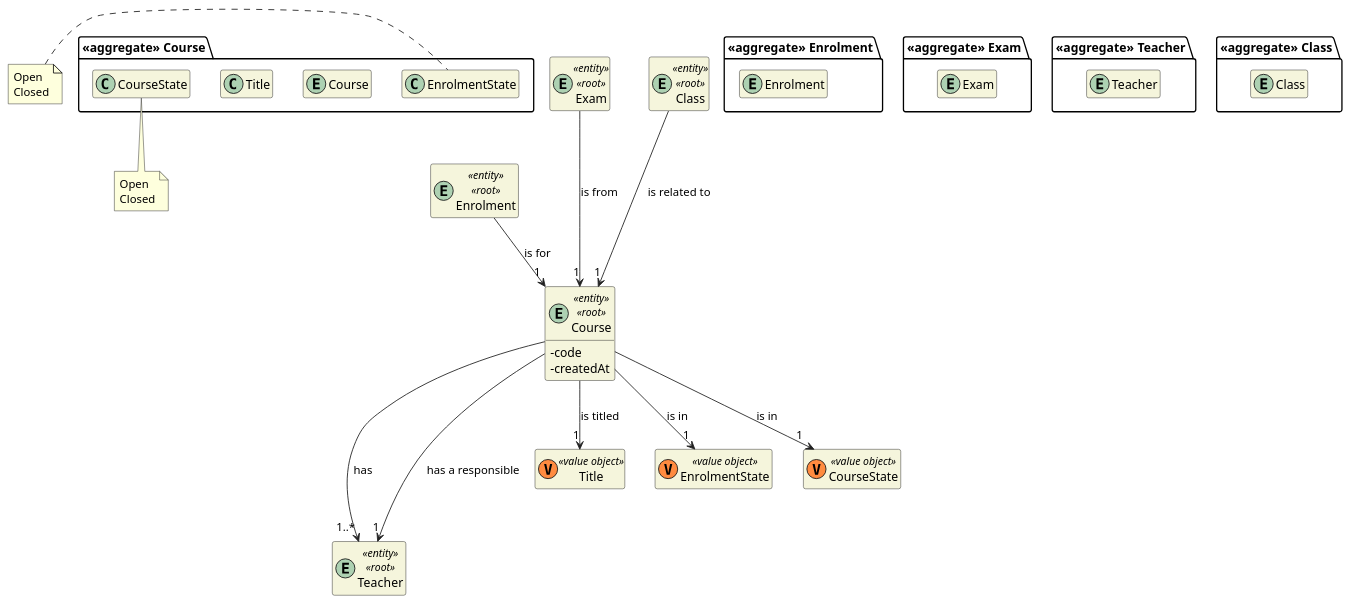
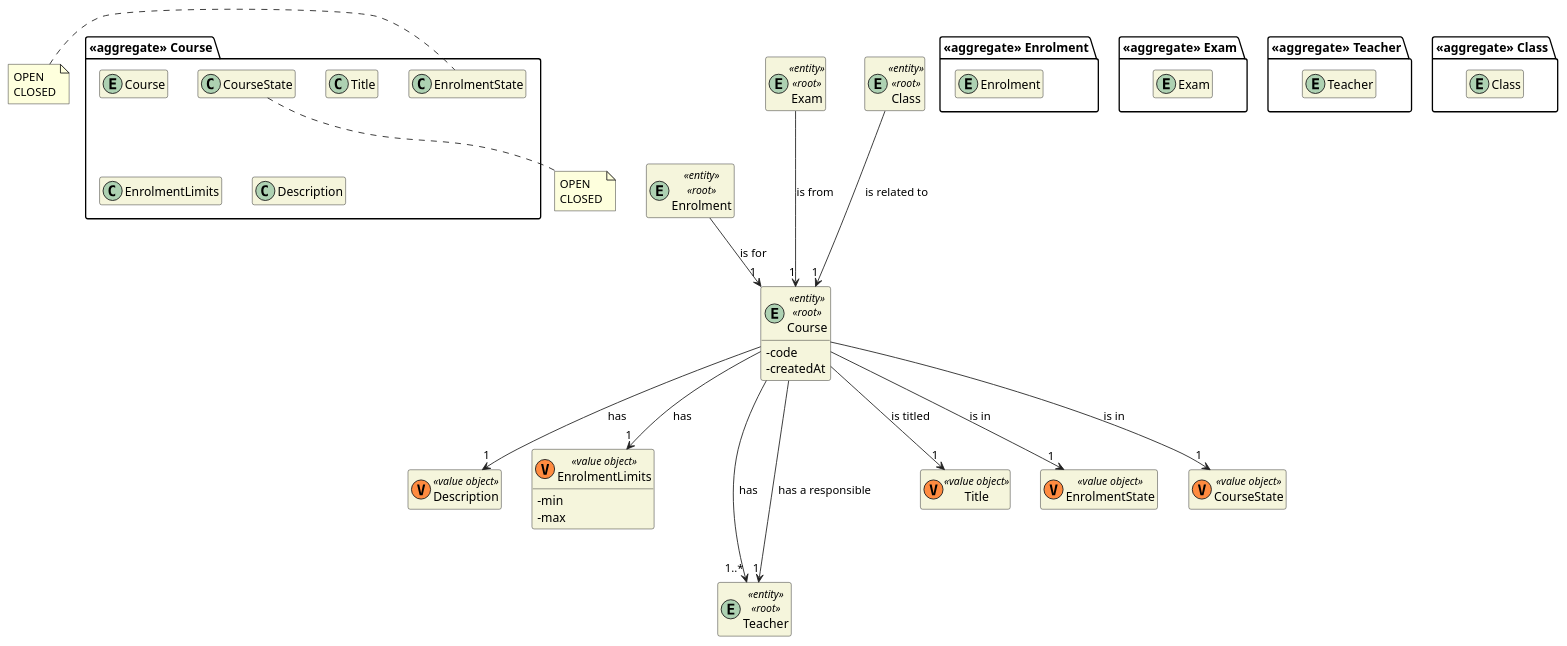
The diagram in docs/dm/DM_Course.puml (miseEnPlace-dev/lapr4), drawn with PlantUML before and after one commit.

Commit message:
docs(COURSE): added enrolement limits

```diff
--- a/docs/dm/DM_Course.puml
+++ b/docs/dm/DM_Course.puml
@@ -1,70 +1,81 @@
 @startuml DM-COURSE
 'https://plantuml.com/class-diagram
 
 skinparam classAttributeIconSize 0
 hide empty attributes
 hide empty methods
 skinparam classBackgroundColor beige
 skinparam ArrowColor #222222
 
 package "<<aggregate>> Course" {
   entity Course
 
   class Title
   class EnrolmentState
   class CourseState
+
+  class EnrolmentLimits
+  class Description
+}
+
+class Description <<(V,#FF8B40) value object>> {}
+class EnrolmentLimits <<(V,#FF8B40) value object>> {
+  - min
+  - max
 }
 
 package "<<aggregate>> Enrolment" {
   entity Enrolment
 }
 
 entity Course <<entity>> <<root>> {
   - code
   - createdAt
 }
 
 entity Enrolment <<entity>> <<root>> {
 }
 
 package "<<aggregate>> Exam" {
   entity Exam
 }
 
 entity Exam <<entity>> <<root>> {
 }
 
 package "<<aggregate>> Teacher" {
   entity Teacher
 }
 
 entity Teacher <<entity>> <<root>> {
 }
 
 package "<<aggregate>> Class" {
   entity Class
 }
 
 entity Class <<entity>> <<root>> {
 }
 
-note left of EnrolmentState : Open\nClosed
-note bottom of CourseState : Open\nClosed
+note left of EnrolmentState : OPEN\nCLOSED
+note bottom of CourseState : OPEN\nCLOSED
 
 class Title <<(V,#FF8B40) value object>> {}
 class EnrolmentState <<(V,#FF8B40) value object>> {}
 class CourseState <<(V,#FF8B40) value object>> {}
 
 Course --> "1" Title : is titled
 Course --> "1" EnrolmentState : is in
 Course ---> "1..*" Teacher : has
 Course --> "1" Teacher : has a responsible
 Course --> "1" CourseState : is in
+Course --> "1" Description : has
+Course --> "1" EnrolmentLimits : has
 
 Enrolment --> "1" Course : is for
 
 Exam ---> "1" Course : is from
 
 Class ---> "1" Course : is related to
 
 @enduml
```
